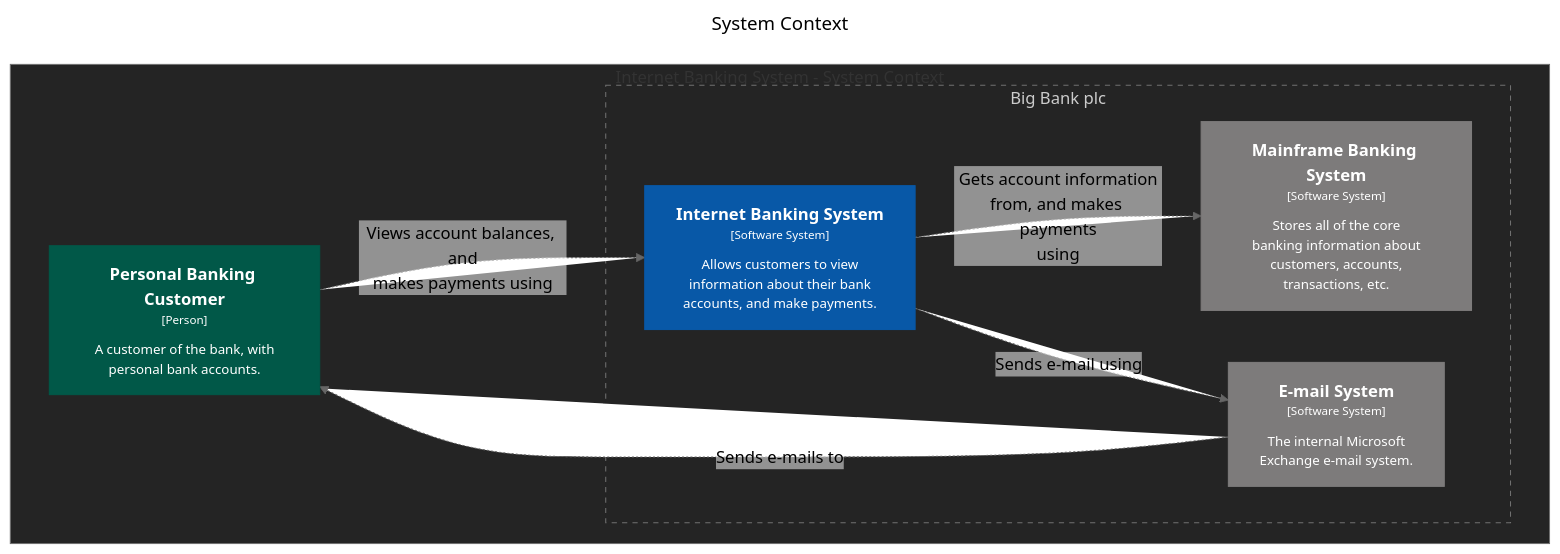
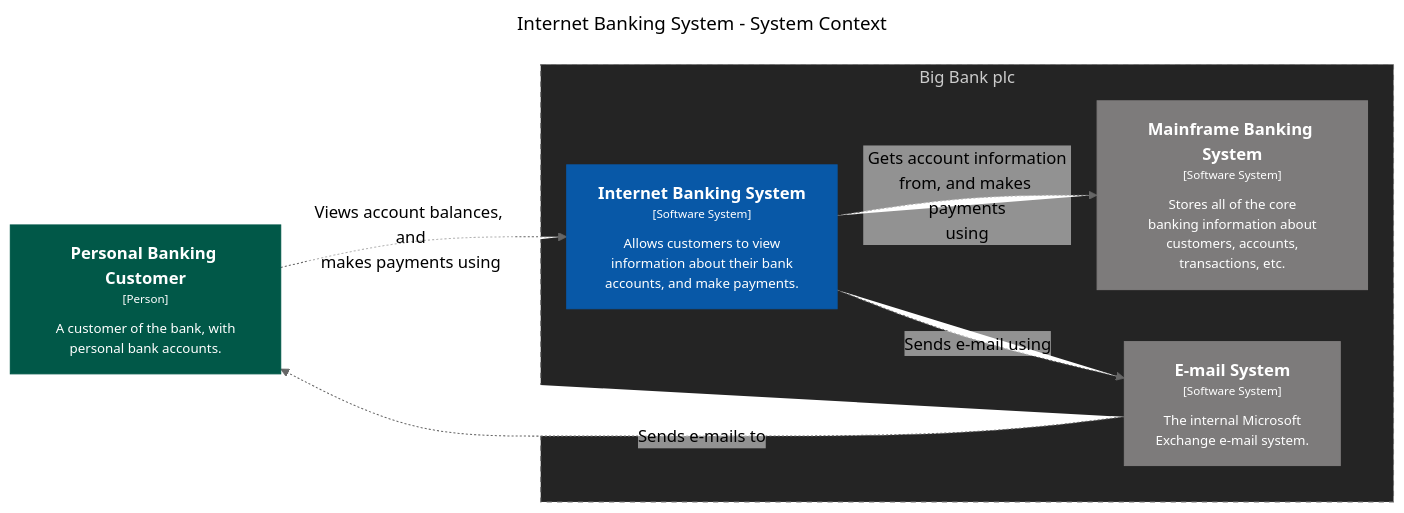
The seventh of 12 diagrams in mermaid/markdown/diagrams.template.md (tramaine-codes/visualization-playground), drawn with Mermaid (neutral theme) before and after one commit. The commit also changed other lines of this file, not shown here.

Commit message:
refactor: change graph direction

````diff
--- a/mermaid/markdown/diagrams.template.md
+++ b/mermaid/markdown/diagrams.template.md
@@ -186,30 +182,26 @@
 ```mermaid
 ---
-title: System Context
+title: Internet Banking System - System Context
 ---
-graph TB
+graph LR
   linkStyle default fill:#ffffff
-
-  subgraph diagram ["Internet Banking System - System Context"]
-    style diagram fill:#242424
 
     subgraph group1 [Big Bank plc]
       style group1 fill:#242424,color:#cccccc,stroke-dasharray:5
 
       4["<div style='font-weight: bold'>Mainframe Banking System</div><div style='font-size: 70%; margin-top: 0px'>[Software System]</div><div style='font-size: 80%; margin-top:10px'>Stores all of the core<br />banking information about<br />customers, accounts,<br />transactions, etc.</div>"]
       style 4 fill:#7D7B7B,stroke:#7D7B7B,color:#ffffff
       5["<div style='font-weight: bold'>E-mail System</div><div style='font-size: 70%; margin-top: 0px'>[Software System]</div><div style='font-size: 80%; margin-top:10px'>The internal Microsoft<br />Exchange e-mail system.</div>"]
       style 5 fill:#7D7B7B,stroke:#7D7B7B,color:#ffffff
       7["<div style='font-weight: bold'>Internet Banking System</div><div style='font-size: 70%; margin-top: 0px'>[Software System]</div><div style='font-size: 80%; margin-top:10px'>Allows customers to view<br />information about their bank<br />accounts, and make payments.</div>"]
       style 7 fill:#0858A7,stroke:#0858A7,color:#ffffff
     end
 
     1["<div style='font-weight: bold'>Personal Banking Customer</div><div style='font-size: 70%; margin-top: 0px'>[Person]</div><div style='font-size: 80%; margin-top:10px'>A customer of the bank, with<br />personal bank accounts.</div>"]
     style 1 fill:#015848,stroke:#015848,color:#ffffff
 
     1-. "<div>Views account balances, and<br />makes payments using</div><div style='font-size: 70%'></div>" .->7
     7-. "<div>Gets account information<br />from, and makes payments<br />using</div><div style='font-size: 70%'></div>" .->4
     7-. "<div>Sends e-mail using</div><div style='font-size: 70%'></div>" .->5
     5-. "<div>Sends e-mails to</div><div style='font-size: 70%'></div>" .->1
-  end
 ```
````
